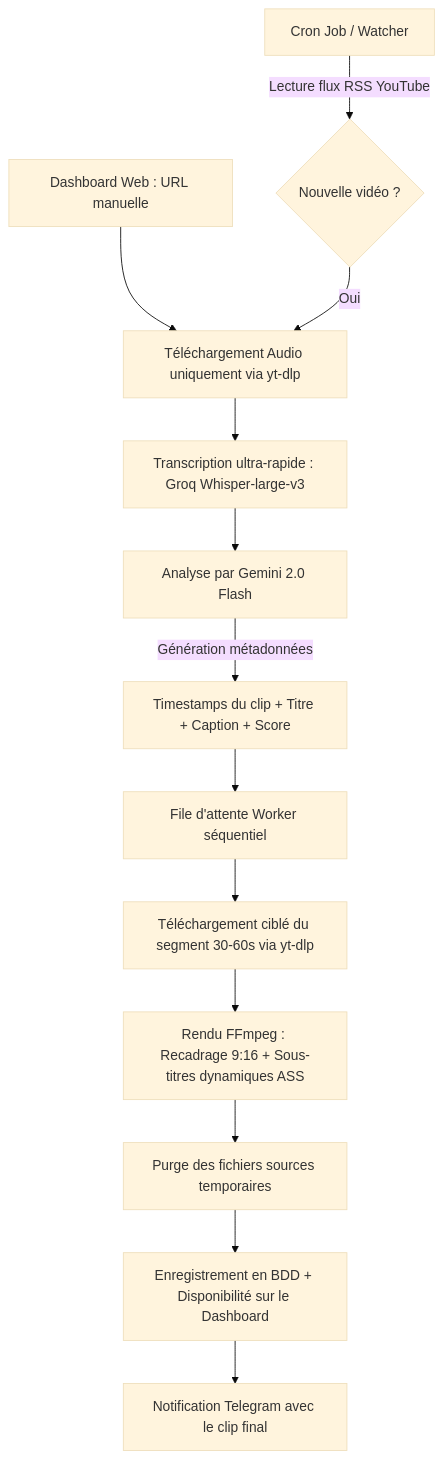
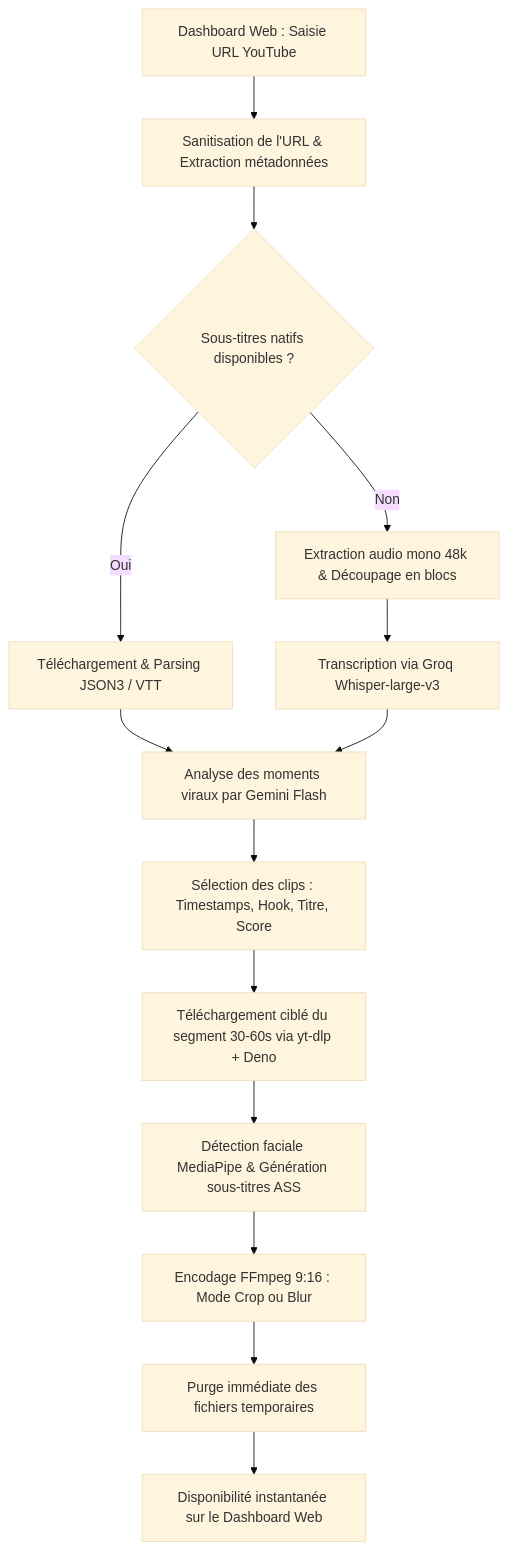
One commit to vicoescobar/youtube-short changed the diagram in README.md. Above: the diagram before and after it, drawn with Mermaid (base theme). The commit also changed other lines of this file, not shown here.

Commit message:
docs: update README with native zero-docker architecture, anti-bot bypass, and deployment guide

````diff
--- a/README.md
+++ b/README.md
@@ -52,15 +72,16 @@
 ```mermaid
 flowchart TD
-    A[Cron Job / Watcher] -->|Lecture flux RSS YouTube| B{Nouvelle vidéo ?}
-    Z[Dashboard Web : URL manuelle] --> C
-    B -- Oui --> C[Téléchargement Audio uniquement via yt-dlp]
-    C --> D[Transcription ultra-rapide : Groq Whisper-large-v3]
-    D --> E[Analyse par Gemini 2.0 Flash]
-    E -->|Génération métadonnées| F[Timestamps du clip + Titre + Caption + Score]
-    F --> G[File d'attente Worker séquentiel]
-    G --> H[Téléchargement ciblé du segment 30-60s via yt-dlp]
-    H --> I[Rendu FFmpeg : Recadrage 9:16 + Sous-titres dynamiques ASS]
-    I --> J[Purge des fichiers sources temporaires]
-    J --> K[Enregistrement en BDD + Disponibilité sur le Dashboard]
-    K --> L[Notification Telegram avec le clip final]
+    A[Dashboard Web : Saisie URL YouTube] --> B[Sanitisation de l'URL & Extraction métadonnées]
+    B --> C{Sous-titres natifs disponibles ?}
+    C -- Oui --> D[Téléchargement & Parsing JSON3 / VTT]
+    C -- Non --> E[Extraction audio mono 48k & Découpage en blocs]
+    E --> F[Transcription via Groq Whisper-large-v3]
+    D --> G[Analyse des moments viraux par Gemini Flash]
+    F --> G
+    G --> H[Sélection des clips : Timestamps, Hook, Titre, Score]
+    H --> I[Téléchargement ciblé du segment 30-60s via yt-dlp + Deno]
+    I --> J[Détection faciale MediaPipe & Génération sous-titres ASS]
+    J --> K[Encodage FFmpeg 9:16 : Mode Crop ou Blur]
+    K --> L[Purge immédiate des fichiers temporaires]
+    L --> M[Disponibilité instantanée sur le Dashboard Web]
 ```
````
